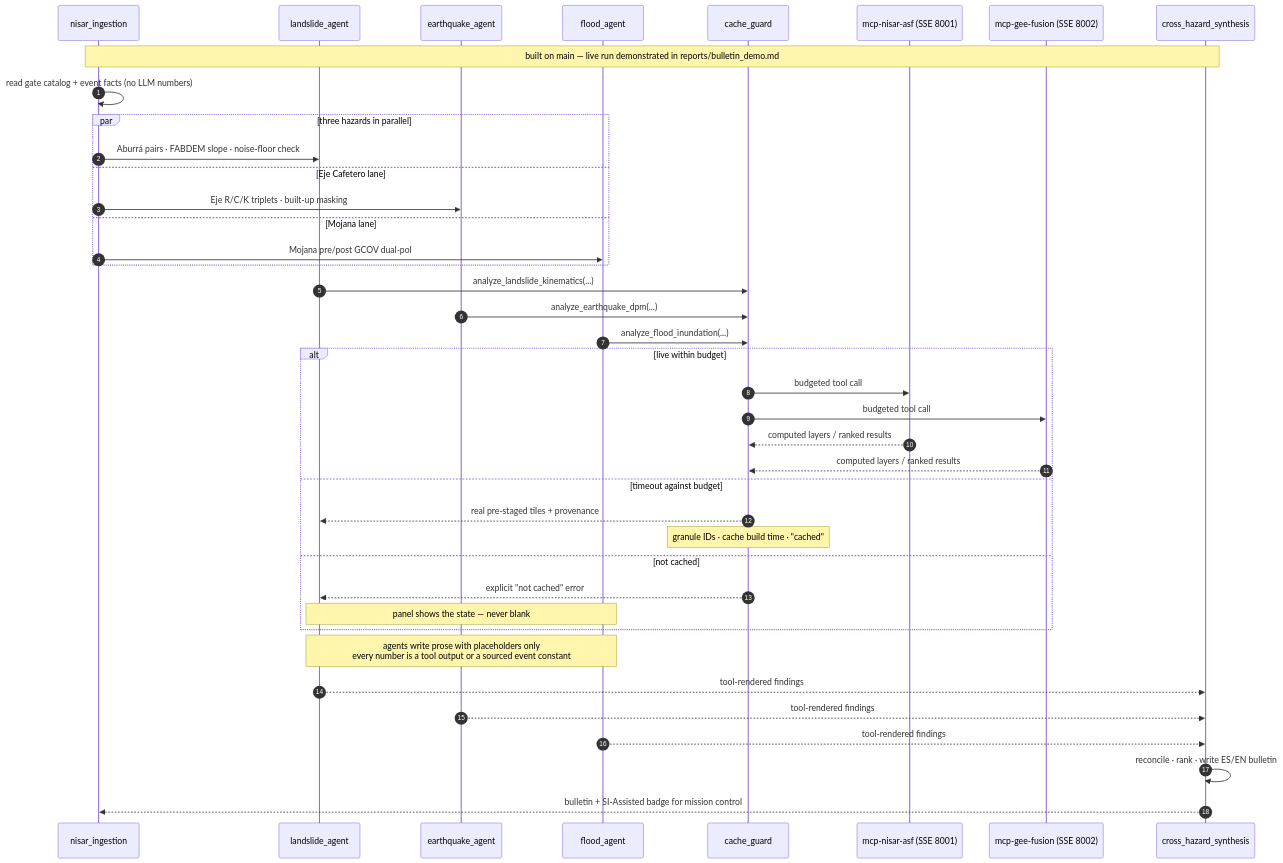
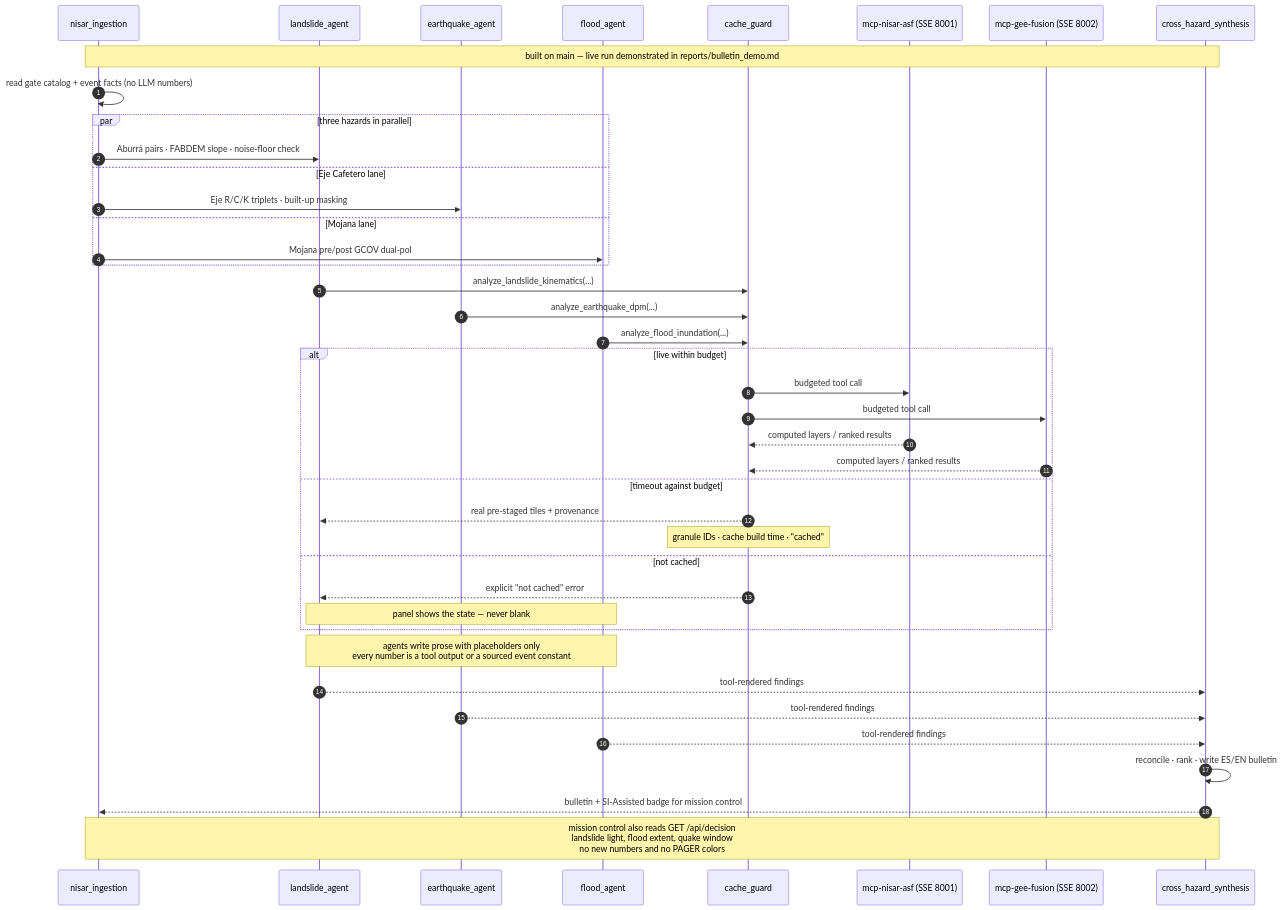
Before and after one commit to NASA-Space-Apps-Challenge-two-left-feet/surface_tango: the third of 3 diagrams in README.md, drawn with Mermaid. The commit also changed other lines of this file and 13 other files, not shown here.

````diff
--- a/README.md
+++ b/README.md
@@ -206,43 +208,44 @@
 ```mermaid
 sequenceDiagram
     autonumber
     participant ING as nisar_ingestion
     participant LS as landslide_agent
     participant EQ as earthquake_agent
     participant FL as flood_agent
     participant GUARD as cache_guard
     participant ASF as mcp-nisar-asf (SSE 8001)
     participant GEE as mcp-gee-fusion (SSE 8002)
     participant SYN as cross_hazard_synthesis
 
     Note over ING,SYN: built on main — live run demonstrated in reports/bulletin_demo.md
     ING->>ING: read gate catalog + event facts (no LLM numbers)
     par three hazards in parallel
         ING->>LS: Aburrá pairs · FABDEM slope · noise-floor check
     and Eje Cafetero lane
         ING->>EQ: Eje R/C/K triplets · built-up masking
     and Mojana lane
         ING->>FL: Mojana pre/post GCOV dual-pol
     end
     LS->>GUARD: analyze_landslide_kinematics(...)
     EQ->>GUARD: analyze_earthquake_dpm(...)
     FL->>GUARD: analyze_flood_inundation(...)
     alt live within budget
         GUARD->>ASF: budgeted tool call
         GUARD->>GEE: budgeted tool call
         ASF-->>GUARD: computed layers / ranked results
         GEE-->>GUARD: computed layers / ranked results
     else timeout against budget
         GUARD-->>LS: real pre-staged tiles + provenance
         Note over GUARD: granule IDs · cache build time · "cached"
     else not cached
         GUARD-->>LS: explicit "not cached" error
         Note over LS,FL: panel shows the state — never blank
     end
     Note over LS,FL: agents write prose with placeholders only<br/>every number is a tool output or a sourced event constant
     LS-->>SYN: tool-rendered findings
     EQ-->>SYN: tool-rendered findings
     FL-->>SYN: tool-rendered findings
     SYN->>SYN: reconcile · rank · write ES/EN bulletin
     SYN-->>ING: bulletin + SI-Assisted badge for mission control
+    Note over SYN,ING: mission control also reads GET /api/decision<br/>landslide light, flood extent, quake window<br/>no new numbers and no PAGER colors
 ```
````
